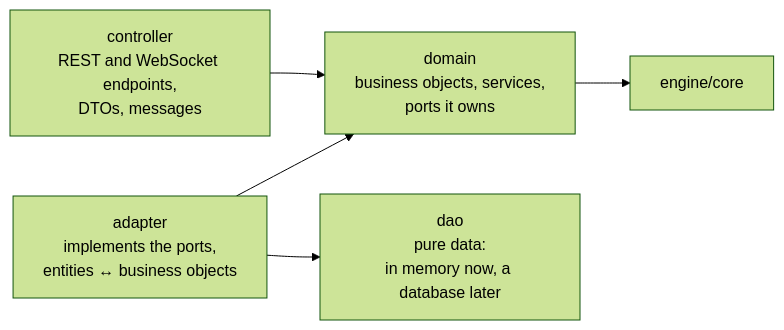
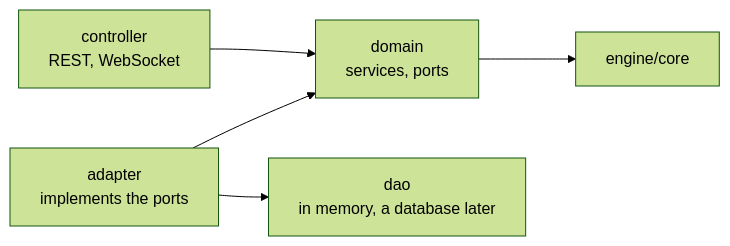
The diagram in README.md (Daliush/shardbound), drawn with Mermaid (forest theme) before and after one commit. The commit also changed other lines of this file, not shown here.

````diff
--- a/README.md
+++ b/README.md
@@ -38,7 +38,7 @@
 ```mermaid
 flowchart LR
-    C["controller<br/>REST and WebSocket endpoints,<br/>DTOs, messages"] --> D["domain<br/>business objects, services,<br/>ports it owns"]
-    A["adapter<br/>implements the ports,<br/>entities ↔ business objects"] --> D
-    A --> O["dao<br/>pure data:<br/>in memory now, a database later"]
+    C["controller<br/>REST, WebSocket"] --> D["domain<br/>services, ports"]
+    A["adapter<br/>implements the ports"] --> D
+    A --> O["dao<br/>in memory, a database later"]
     D --> E["engine/core"]
 ```
````
